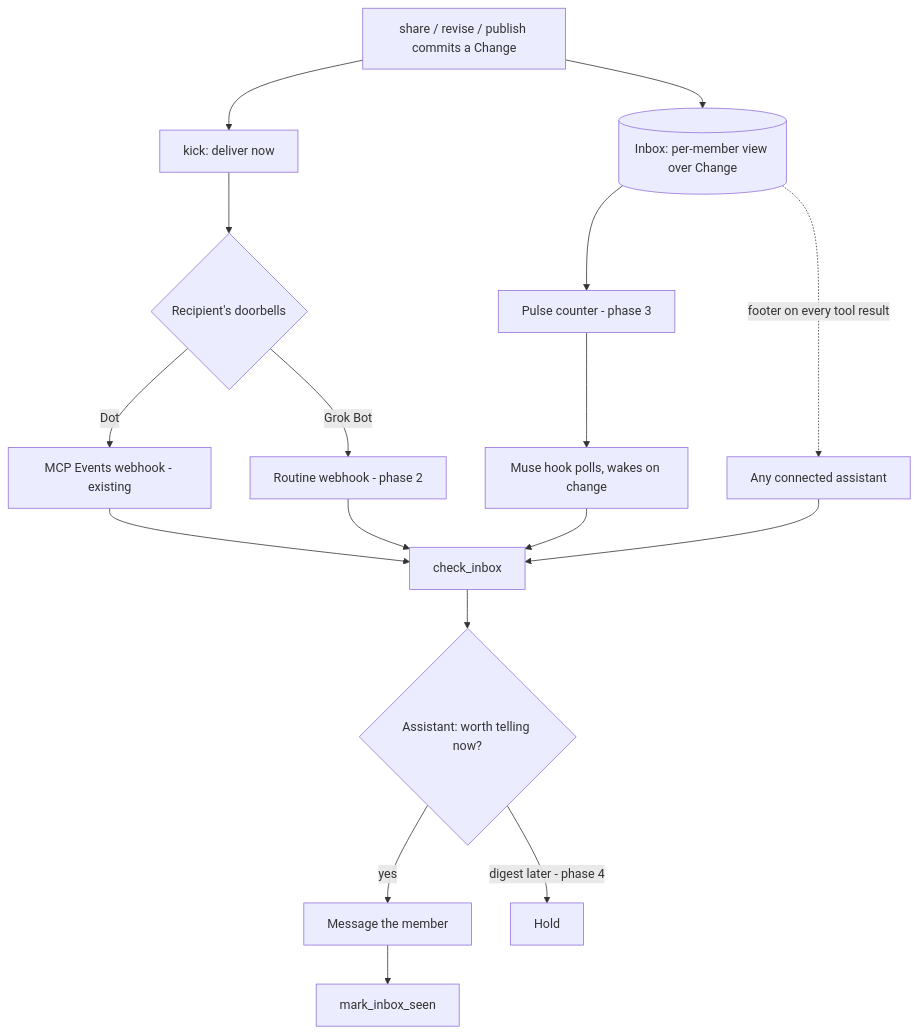
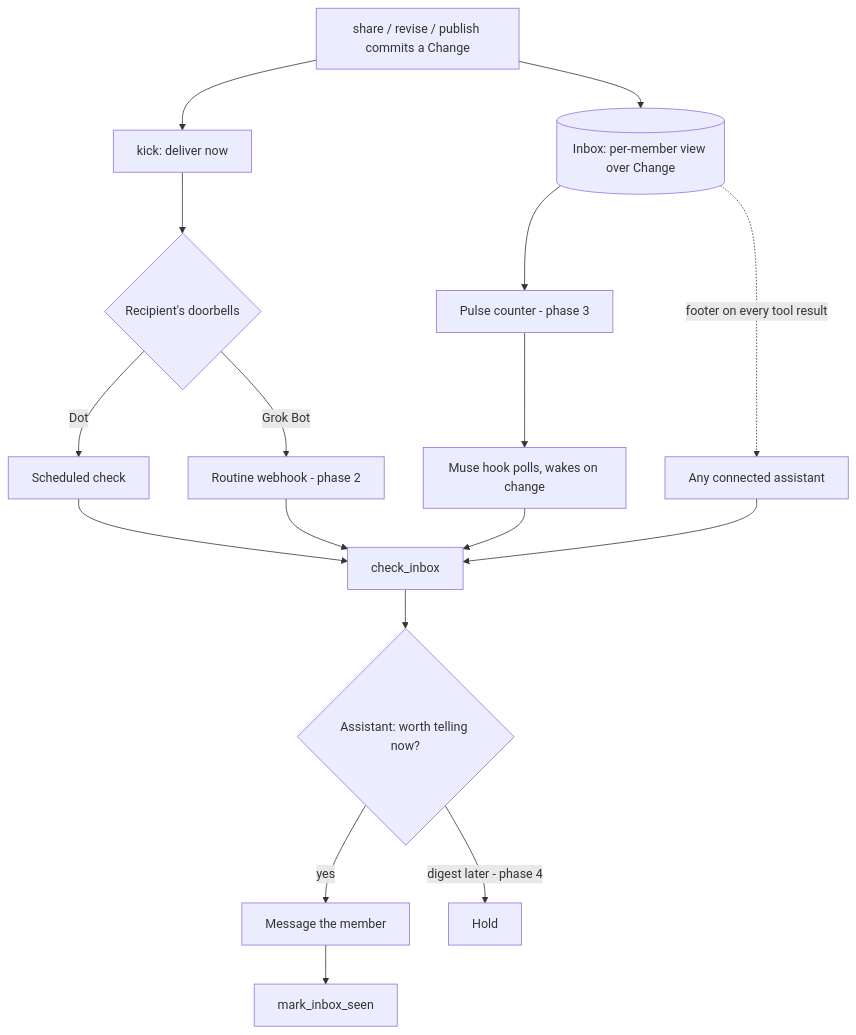
One commit to pranavjana/shared-memory-mcp changed the diagram in docs/proactive-delivery.md. Above: the diagram before and after it, drawn with Mermaid. The commit also changed other lines of this file and 22 other files, not shown here.

````diff
--- a/docs/proactive-delivery.md
+++ b/docs/proactive-delivery.md
@@ -28,17 +28,17 @@
 ```mermaid
 flowchart TD
   W[share / revise / publish commits a Change] --> K[kick: deliver now]
   W --> IB[(Inbox: per-member view over Change)]
   K --> R{Recipient's doorbells}
-  R -->|Dot| E[MCP Events webhook - existing]
+  R -->|Dot| E[Scheduled check]
   R -->|Grok Bot| G[Routine webhook - phase 2]
   IB --> P[Pulse counter - phase 3]
   P --> M[Muse hook polls, wakes on change]
   E & G & M --> C[check_inbox]
   IB -.footer on every tool result.-> F[Any connected assistant]
   F --> C
   C --> D{Assistant: worth telling now?}
   D -->|yes| U[Message the member]
   U --> S[mark_inbox_seen]
   D -->|digest later - phase 4| H[Hold]
 ```
````
